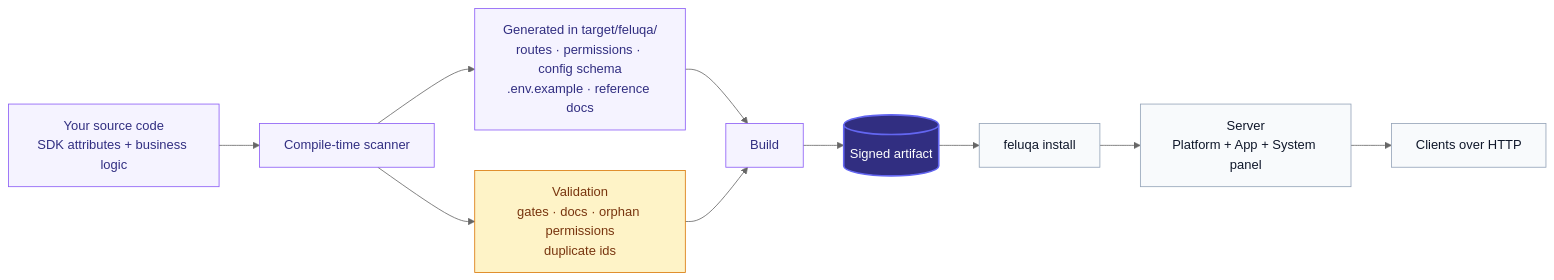
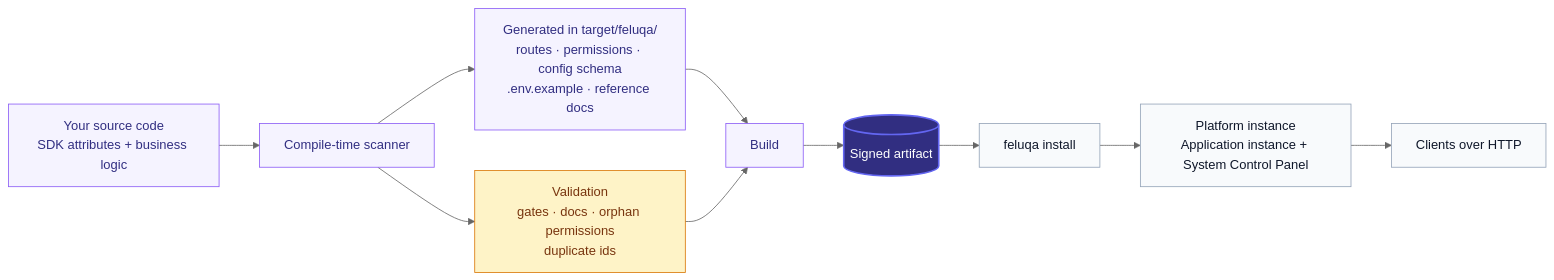
The second of 3 diagrams in docs/guides/first/01-welcome/04-architecture-overview.en.md (emyassine/base-feluka), drawn with Mermaid (neutral theme) before and after one commit. The commit also changed other lines of this file and 10 other files, not shown here.

````diff
--- a/docs/guides/first/01-welcome/04-architecture-overview.en.md
+++ b/docs/guides/first/01-welcome/04-architecture-overview.en.md
@@ -105,22 +105,22 @@
 ```mermaid
 flowchart LR
     A["Your source code<br/>SDK attributes + business logic"] --> B["Compile-time scanner"]
     B --> C["Generated in target/feluqa/<br/>routes · permissions · config schema<br/>.env.example · reference docs"]
     B --> D["Validation<br/>gates · docs · orphan permissions<br/>duplicate ids"]
     C --> E["Build"]
     D --> E
     E --> F[("Signed artifact")]
     F --> G["feluqa install"]
-    G --> H["Server<br/>Platform + App + System panel"]
+    G --> H["Platform instance<br/>Application instance + System Control Panel"]
     H --> I["Clients over HTTP"]
 
     classDef step fill:#f5f3ff,color:#312e81,stroke:#8b5cf6
     classDef check fill:#fef3c7,color:#78350f,stroke:#d97706
     classDef artifact fill:#312e81,color:#ffffff,stroke:#6366f1,stroke-width:2px
     classDef runtime fill:#f8fafc,color:#0f172a,stroke:#94a3b8
 
     class A,B,C,E step
     class D check
     class F artifact
     class G,H,I runtime
 ```
````
